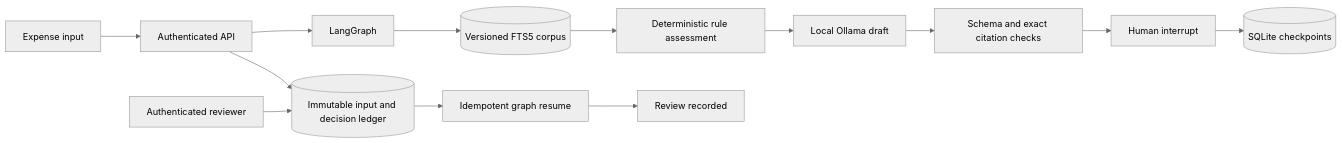
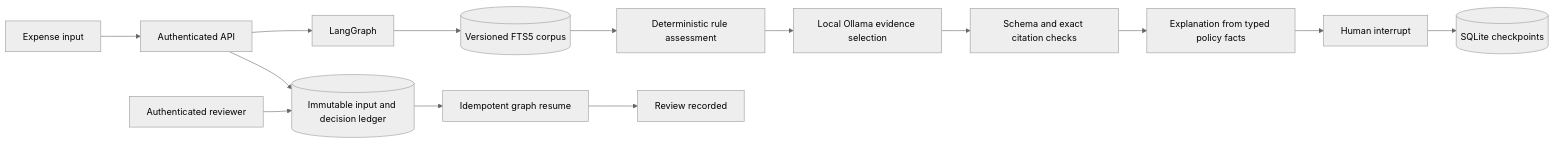
The diagram in docs/architecture.md (bprithiraj/FinAgentRiskOps), drawn with Mermaid (neutral theme) before and after one commit. The commit also changed other lines of this file and 11 other files, not shown here.

Commit message:
Prevent model prose from contradicting verified policy facts

````diff
--- a/docs/architecture.md
+++ b/docs/architecture.md
@@ -3,15 +3,16 @@
 ```mermaid
 flowchart LR
     U[Expense input] --> A[Authenticated API]
     A --> L[(Immutable input and decision ledger)]
     A --> G[LangGraph]
     G --> F[(Versioned FTS5 corpus)]
     F --> R[Deterministic rule assessment]
-    R --> M[Local Ollama draft]
+    R --> M[Local Ollama evidence selection]
     M --> V[Schema and exact citation checks]
-    V --> I[Human interrupt]
+    V --> X[Explanation from typed policy facts]
+    X --> I[Human interrupt]
     I --> C[(SQLite checkpoints)]
     H[Authenticated reviewer] --> L
     L --> D[Idempotent graph resume]
     D --> E[Review recorded]
 ```
````
